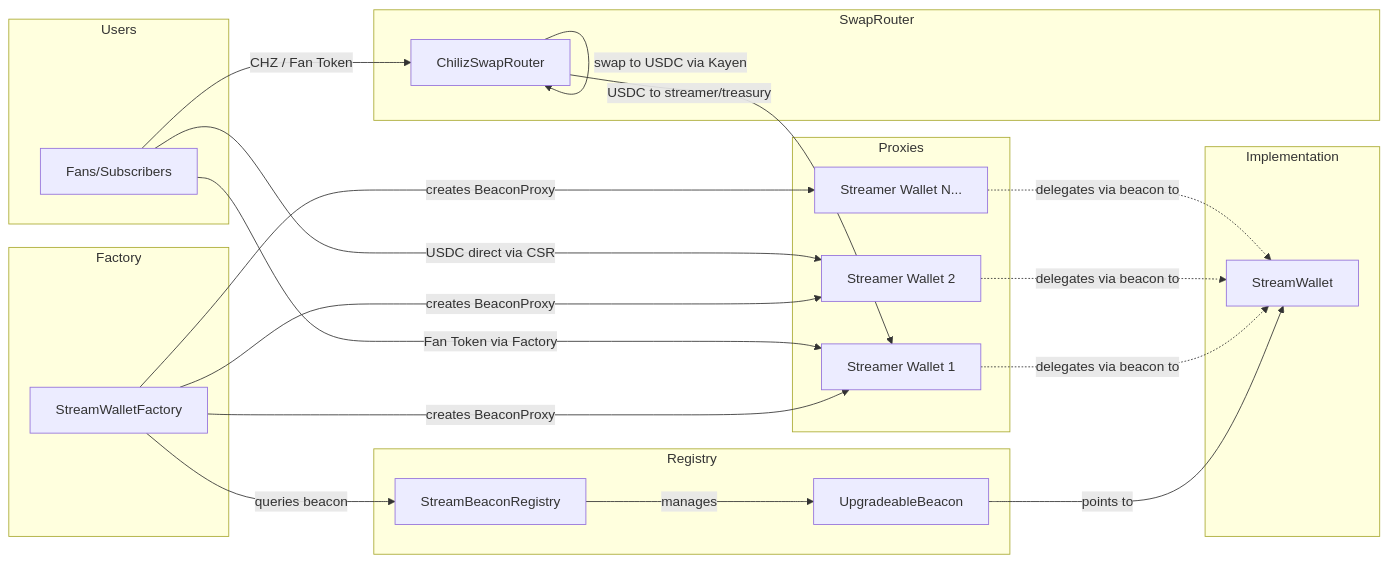
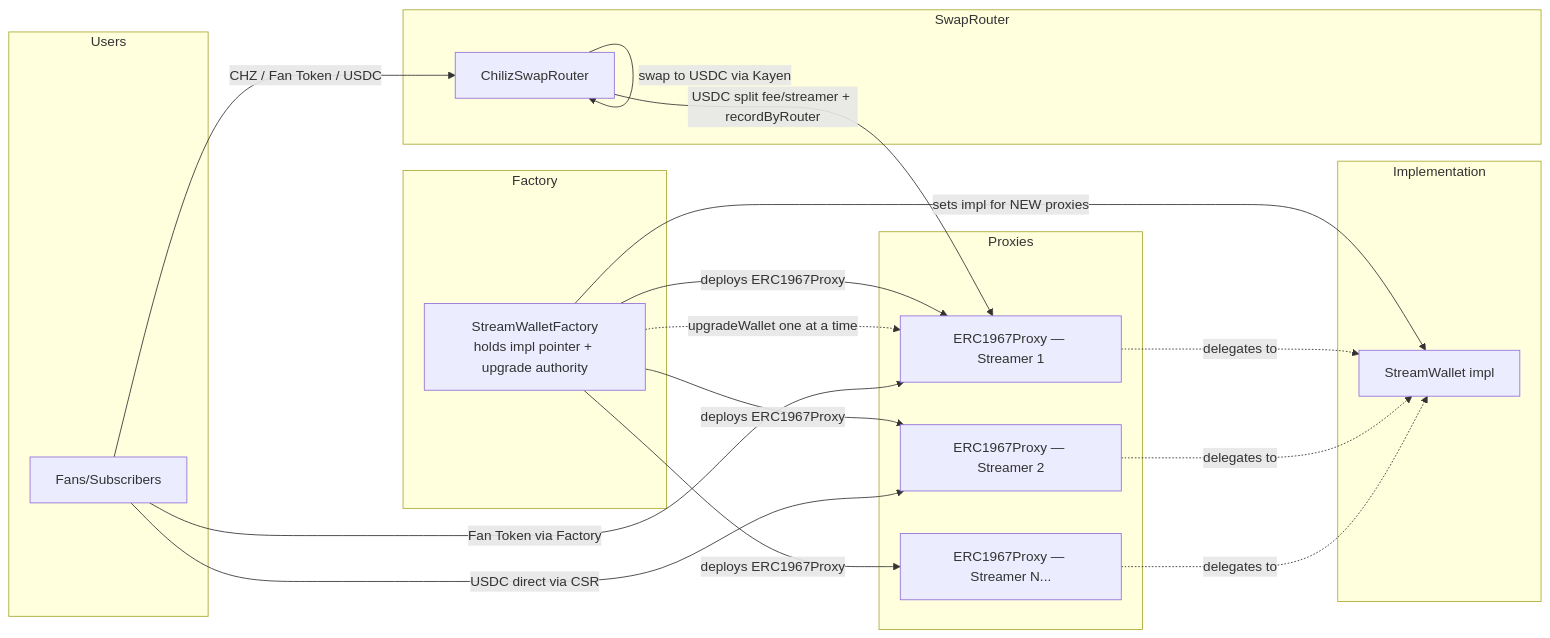
The second of 2 diagrams in chiliz-tv/README.md (ChilizTV/smart-contracts), drawn with Mermaid before and after one commit. The commit also changed other lines of this file and 15 other files, not shown here.

````diff
--- a/chiliz-tv/README.md
+++ b/chiliz-tv/README.md
@@ -111,47 +112,40 @@
 ```mermaid
 flowchart LR
-    subgraph Registry
-        SBR[StreamBeaconRegistry]
-        BEACON[UpgradeableBeacon]
+    subgraph Factory
+        SWF[StreamWalletFactory<br/>holds impl pointer + upgrade authority]
     end
-    
-    subgraph Factory
-        SWF[StreamWalletFactory]
-    end
-    
+
     subgraph SwapRouter
         CSR[ChilizSwapRouter]
     end
-    
+
     subgraph Implementation
-        SW[StreamWallet]
+        SW[StreamWallet impl]
     end
-    
+
     subgraph Proxies
-        W1[Streamer Wallet 1]
-        W2[Streamer Wallet 2]
-        W3[Streamer Wallet N...]
+        W1[ERC1967Proxy — Streamer 1]
+        W2[ERC1967Proxy — Streamer 2]
+        W3[ERC1967Proxy — Streamer N...]
     end
-    
+
     subgraph Users
         FANS[Fans/Subscribers]
     end
-    
-    SBR -->|manages| BEACON
-    BEACON -->|points to| SW
-    
-    SWF -->|queries beacon| SBR
-    SWF -->|creates BeaconProxy| W1
-    SWF -->|creates BeaconProxy| W2
-    SWF -->|creates BeaconProxy| W3
-    
-    W1 -.->|delegates via beacon to| SW
-    W2 -.->|delegates via beacon to| SW
-    W3 -.->|delegates via beacon to| SW
-    
-    FANS -->|CHZ / Fan Token| CSR
+
+    SWF -->|sets impl for NEW proxies| SW
+    SWF -->|deploys ERC1967Proxy| W1
+    SWF -->|deploys ERC1967Proxy| W2
+    SWF -->|deploys ERC1967Proxy| W3
+    SWF -.->|upgradeWallet one at a time| W1
+
+    W1 -.->|delegates to| SW
+    W2 -.->|delegates to| SW
+    W3 -.->|delegates to| SW
+
+    FANS -->|CHZ / Fan Token / USDC| CSR
     CSR -->|swap to USDC via Kayen| CSR
-    CSR -->|USDC to streamer/treasury| W1
+    CSR -->|USDC split fee/streamer + recordByRouter| W1
     FANS -->|USDC direct via CSR| W2
     FANS -->|Fan Token via Factory| W1
 ```
````
